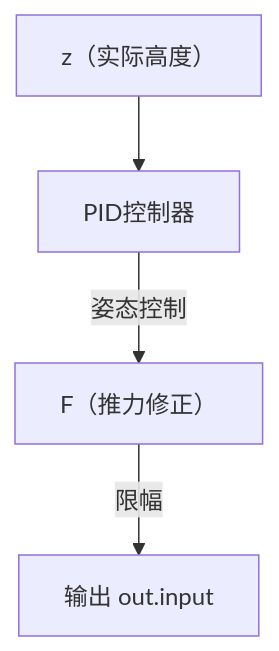
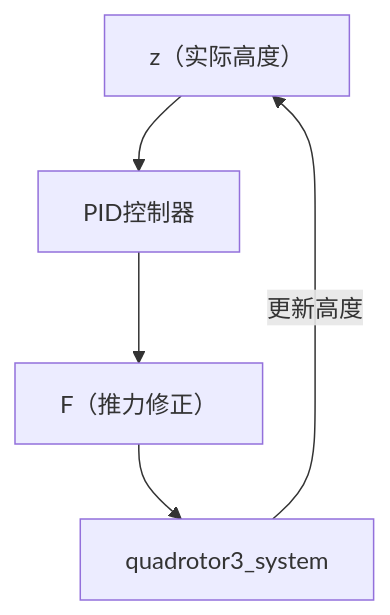
Before and after one commit to chao-8xx/stackedit-app-data: the third of 3 diagrams in 四旋翼无人机轨迹三维跟踪控制.md, drawn with Mermaid. The commit also changed other lines of this file, not shown here.

````diff
--- a/四旋翼无人机轨迹三维跟踪控制.md
+++ b/四旋翼无人机轨迹三维跟踪控制.md
@@ -364,9 +364,10 @@
  ```mermaid
    graph TD
     A[z（实际高度）] -->B
     B[PID控制器]
-    B --> |姿态控制|E
-    E[F（推力修正）]
-    E --> |限幅|G
-	G[输出 out.input]
+    B --> C
+    C[F（推力修正）]
+    C --> D
+	D[quadrotor3_system]
+	D --> |更新高度|A
 ```
````
